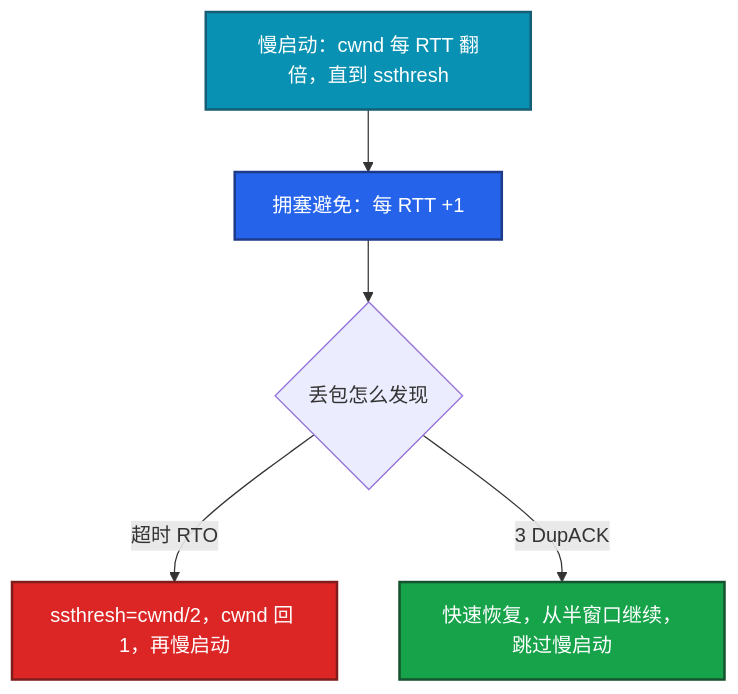
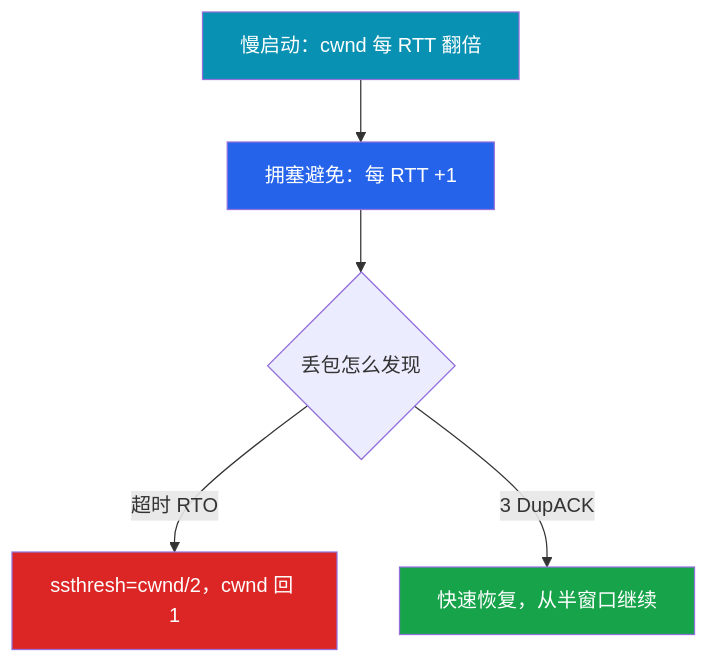
The sixth of 8 diagrams in 02-基础底座/08-TCP与UDP/知识点.md (ml-cuizijun/LearnToLilith), drawn with Mermaid before and after one commit. The commit also changed other lines of this file and 213 other files, not shown here.

````diff
--- a/02-基础底座/08-TCP与UDP/知识点.md
+++ b/02-基础底座/08-TCP与UDP/知识点.md
@@ -237,16 +191,16 @@
 ```mermaid
 flowchart TB
-    A[慢启动：cwnd 每 RTT 翻倍，直到 ssthresh] --> B[拥塞避免：每 RTT +1]
+    A[慢启动：cwnd 每 RTT 翻倍] --> B[拥塞避免：每 RTT +1]
     B --> C{丢包怎么发现}
-    C -->|超时 RTO| D["ssthresh=cwnd/2，cwnd 回 1，再慢启动"]
-    C -->|3 DupACK| E[快速恢复，从半窗口继续，跳过慢启动]
+    C -->|超时 RTO| D["ssthresh=cwnd/2，cwnd 回 1"]
+    C -->|3 DupACK| E[快速恢复，从半窗口继续]
 
-    classDef a fill:#0891B2,stroke:#155E75,stroke-width:2px,color:#fff
-    classDef b fill:#2563EB,stroke:#1E3A8A,stroke-width:2px,color:#fff
-    classDef c fill:#DC2626,stroke:#7F1D1D,stroke-width:2px,color:#fff
-    classDef d fill:#16A34A,stroke:#14532D,stroke-width:2px,color:#fff
+    classDef a fill:#0891B2,color:#fff
+    classDef b fill:#2563EB,color:#fff
+    classDef c fill:#DC2626,color:#fff
+    classDef d fill:#16A34A,color:#fff
     class A a
     class B b
     class D c
     class E d
 ```
````
